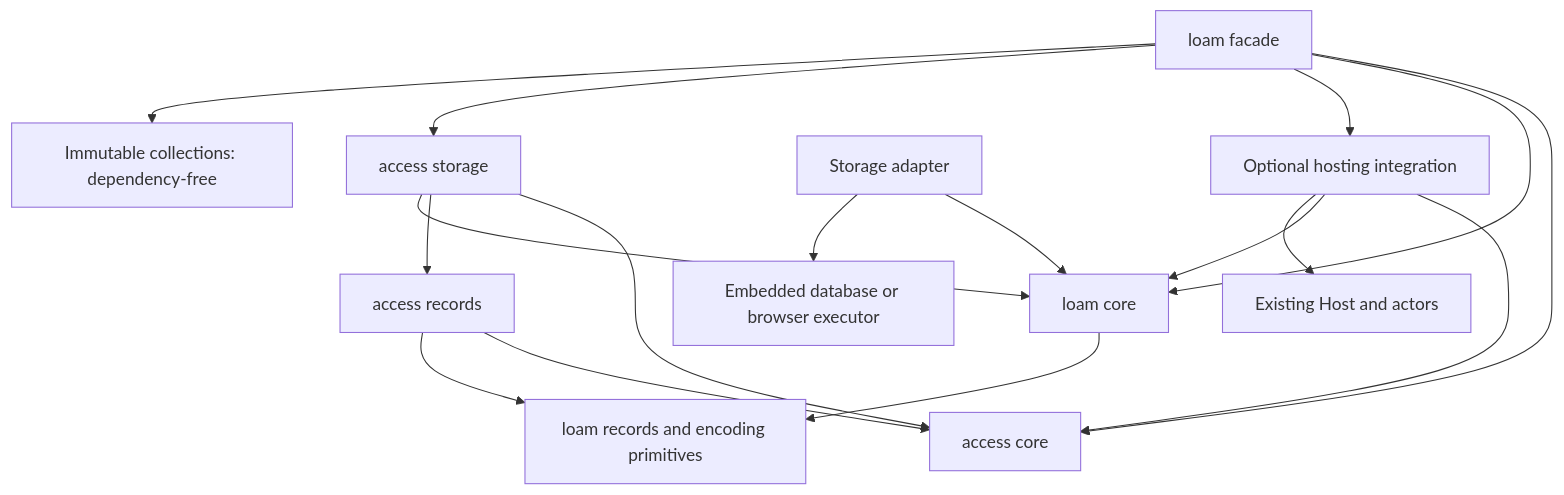
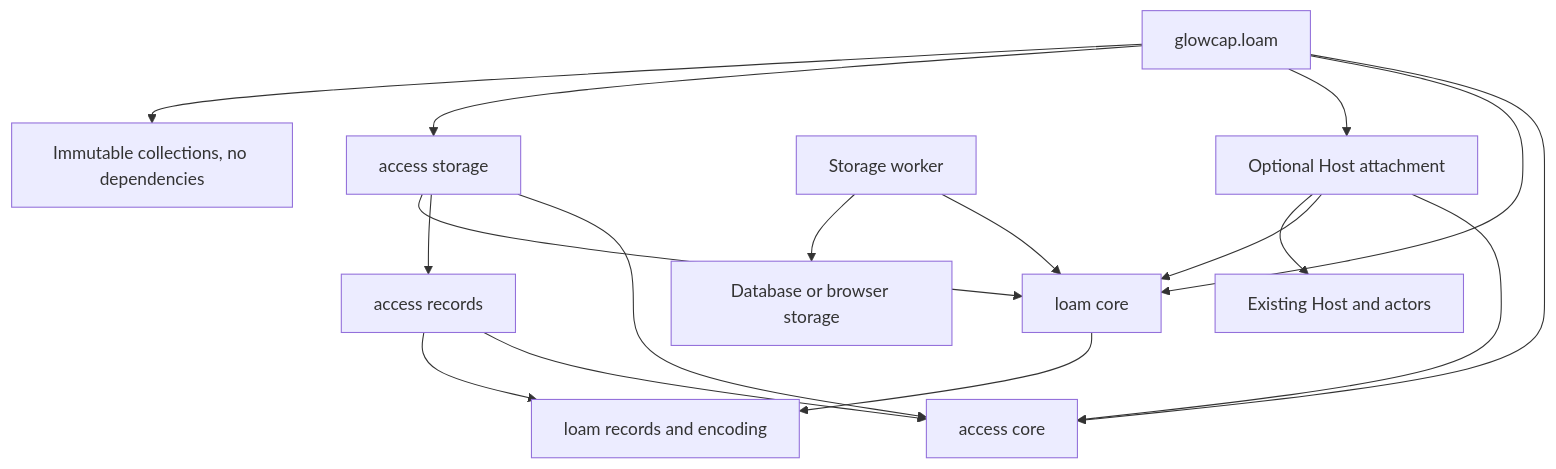
Before and after one commit to glowcap-org/glowcap: the second of 3 diagrams in docs/loam/architecture.md, drawn with Mermaid. The commit also changed other lines of this file and 2261 other files, not shown here.

````diff
--- a/docs/loam/architecture.md
+++ b/docs/loam/architecture.md
@@ -100,19 +91,19 @@
 ```mermaid
 flowchart TD
-    Public[loam facade] --> RC[access core]
+    Public[glowcap.loam] --> RC[access core]
     Public --> LC[loam core]
-    Public --> Integration[Optional hosting integration]
+    Public --> Integration[Optional Host attachment]
     RR[access records] --> RC
-    RR --> Records[loam records and encoding primitives]
+    RR --> Records[loam records and encoding]
     Public --> Storage[access storage]
     Storage --> RC
     Storage --> RR
     Storage --> LC
     Integration --> RC
     Integration --> LC
     Integration --> Host[Existing Host and actors]
-    Adapter[Storage adapter] --> LC
-    Adapter --> Engine[Embedded database or browser executor]
+    Adapter[Storage worker] --> LC
+    Adapter --> Engine[Database or browser storage]
     LC --> Records
-    Public --> Collections[Immutable collections: dependency-free]
+    Public --> Collections[Immutable collections, no dependencies]
 ```
````
